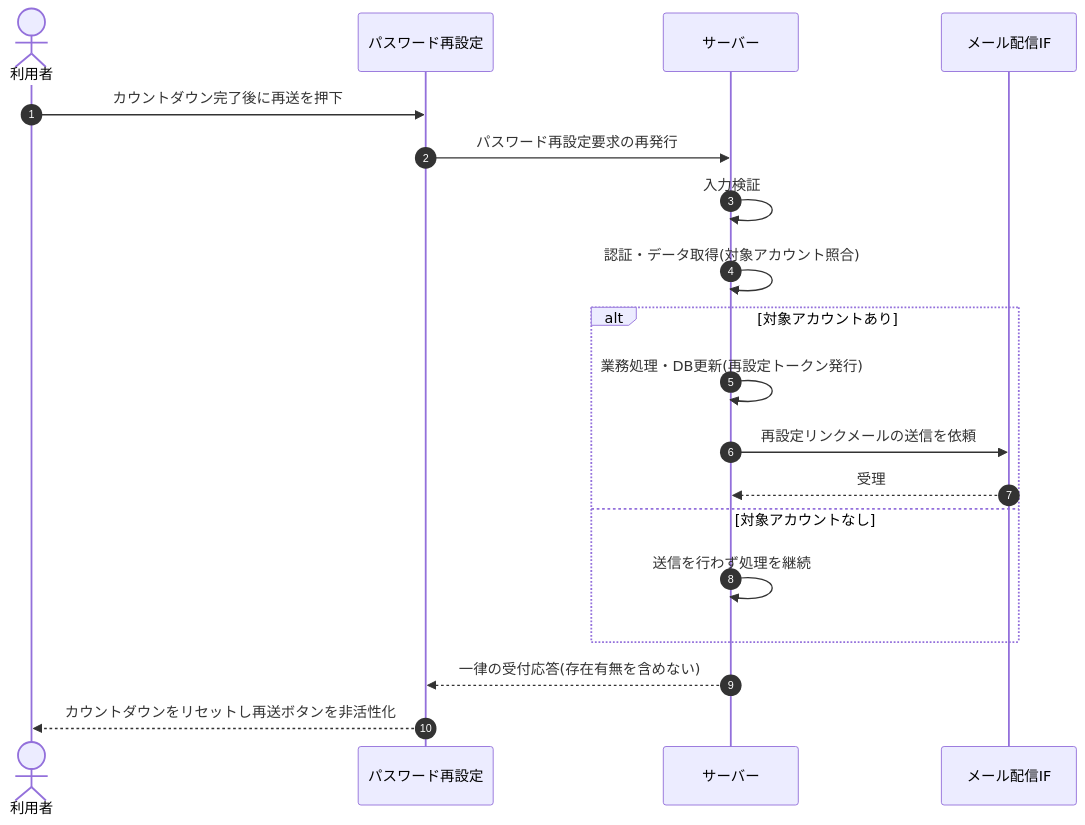
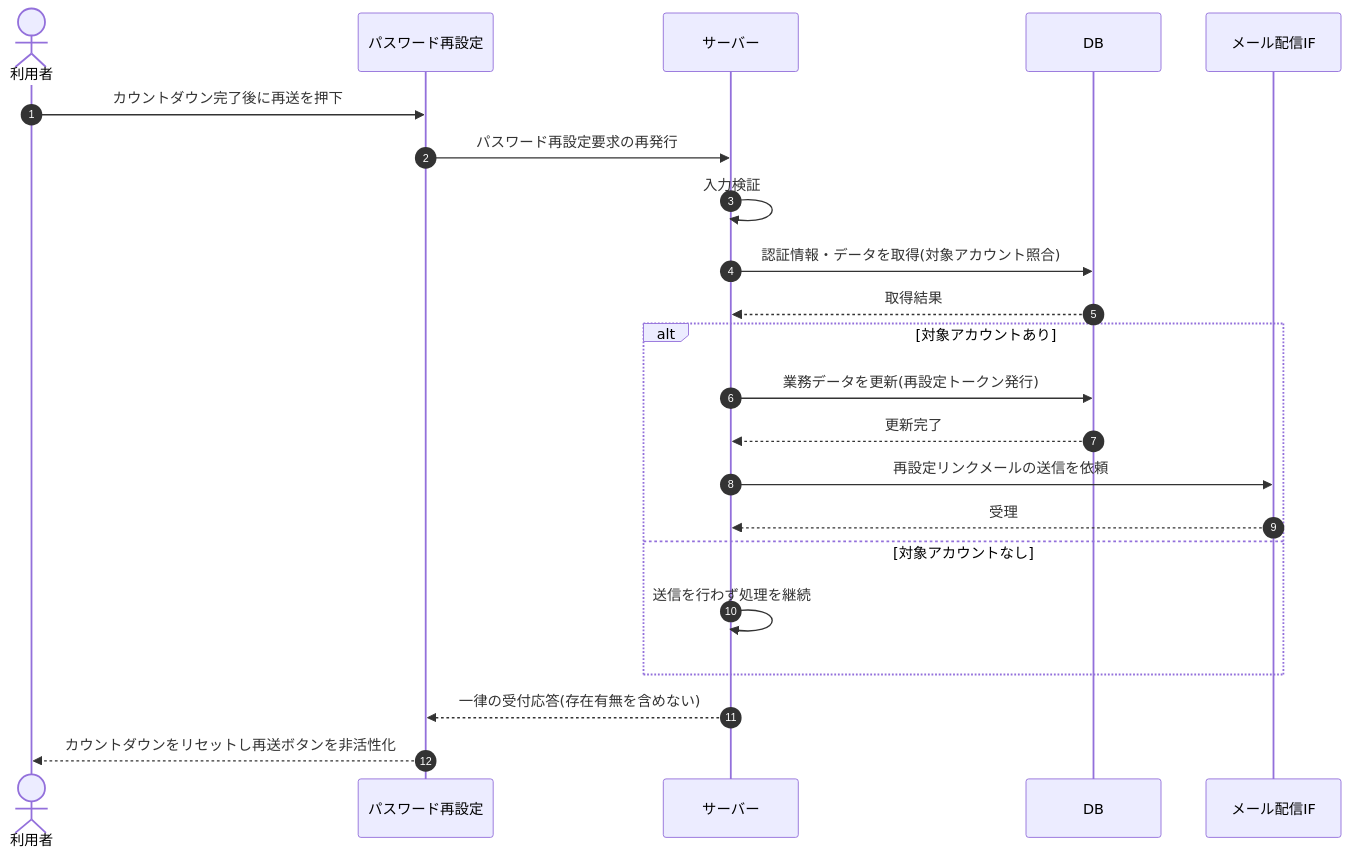
One commit to sikakou54/open-faq changed the diagram in 02_basic_design/03_sequences/SEQ-005.md. Above: the diagram before and after it, drawn with Mermaid. The commit also changed other lines of this file and 122 other files, not shown here.

First line of the commit message:
シーケンス図に DB アクターを追加(DB 操作をサーバー自己メッセージから分離)

````diff
--- a/02_basic_design/03_sequences/SEQ-005.md
+++ b/02_basic_design/03_sequences/SEQ-005.md
@@ -26,21 +26,24 @@
 ```mermaid
 sequenceDiagram
   autonumber
   actor U as 利用者
   participant Screen as パスワード再設定
   participant Server as サーバー
+  participant DB as DB
   participant MAIL as メール配信IF
   U->>Screen: カウントダウン完了後に再送を押下
   Screen->>Server: パスワード再設定要求の再発行
   Server->>Server: 入力検証
-  Server->>Server: 認証・データ取得(対象アカウント照合)
+  Server->>DB: 認証情報・データを取得(対象アカウント照合)
+  DB-->>Server: 取得結果
   alt 対象アカウントあり
-    Server->>Server: 業務処理・DB更新(再設定トークン発行)
+    Server->>DB: 業務データを更新(再設定トークン発行)
+    DB-->>Server: 更新完了
     Server->>MAIL: 再設定リンクメールの送信を依頼
     MAIL-->>Server: 受理
   else 対象アカウントなし
     Server->>Server: 送信を行わず処理を継続
   end
   Server-->>Screen: 一律の受付応答(存在有無を含めない)
   Screen-->>U: カウントダウンをリセットし再送ボタンを非活性化
 ```
````
